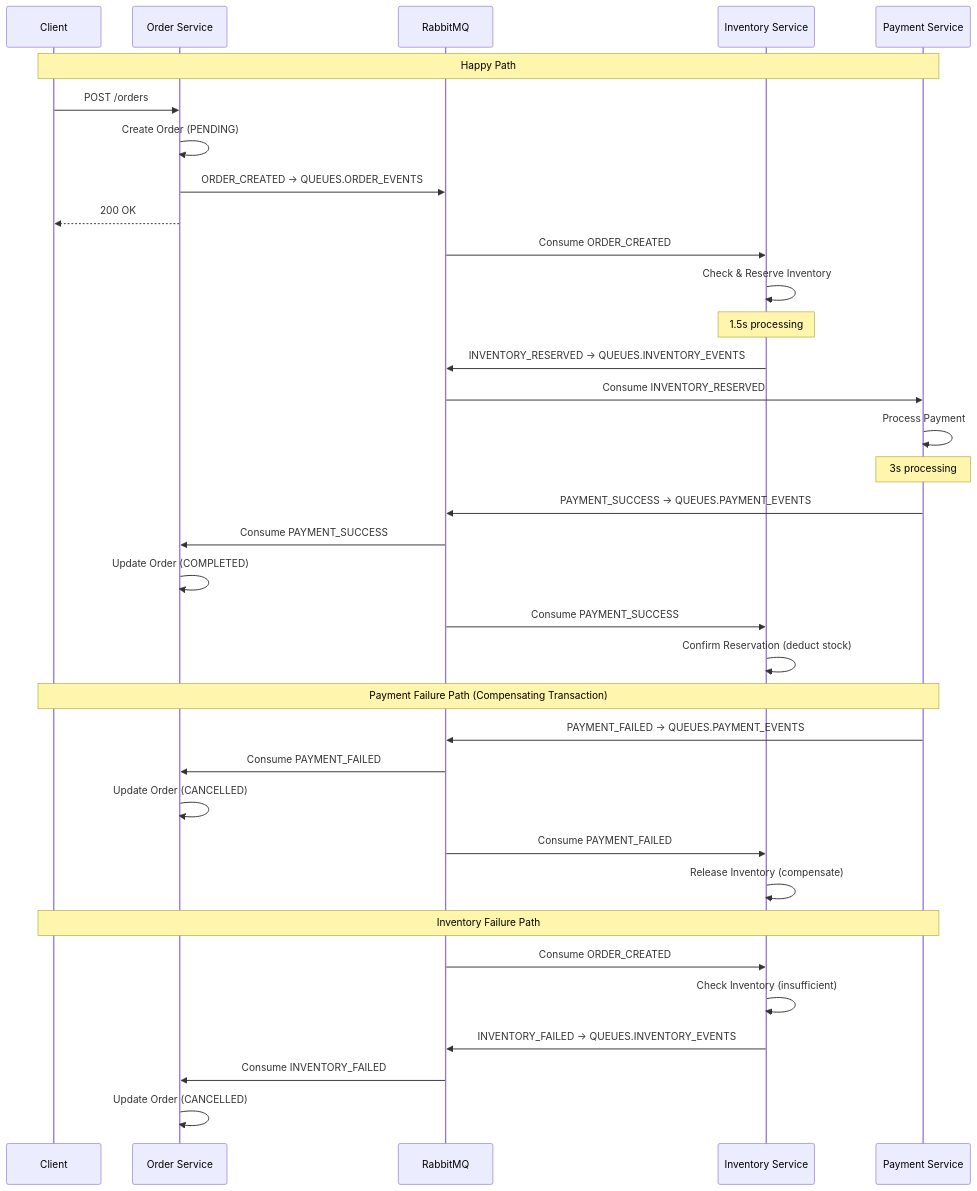
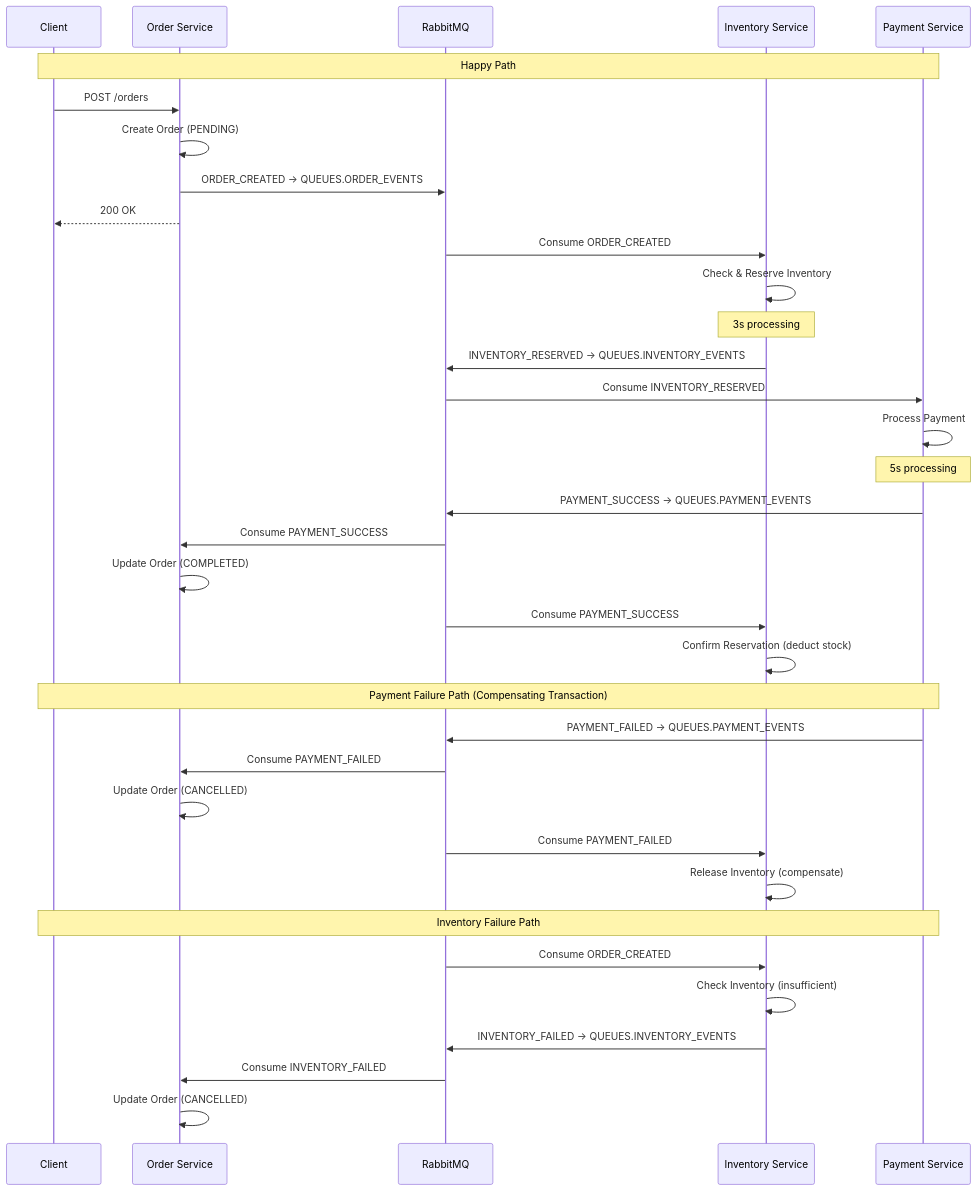
The diagram in README.md (kristianka/SWAP), drawn with Mermaid before and after one commit. The commit also changed other lines of this file and 2 other files, not shown here.

````diff
--- a/README.md
+++ b/README.md
@@ -25,46 +38,46 @@
 ```mermaid
     sequenceDiagram
         participant Client
         participant OrderService as Order Service
         participant RabbitMQ
         participant InventoryService as Inventory Service
         participant PaymentService as Payment Service
 
         Note over Client,PaymentService: Happy Path
 
         Client->>OrderService: POST /orders
         OrderService->>OrderService: Create Order (PENDING)
         OrderService->>RabbitMQ: ORDER_CREATED → QUEUES.ORDER_EVENTS
         OrderService-->>Client: 200 OK
 
         RabbitMQ->>InventoryService: Consume ORDER_CREATED
         InventoryService->>InventoryService: Check & Reserve Inventory
-        Note over InventoryService: 1.5s processing
+        Note over InventoryService: 3s processing
         InventoryService->>RabbitMQ: INVENTORY_RESERVED → QUEUES.INVENTORY_EVENTS
 
         RabbitMQ->>PaymentService: Consume INVENTORY_RESERVED
         PaymentService->>PaymentService: Process Payment
-        Note over PaymentService: 3s processing
+        Note over PaymentService: 5s processing
         PaymentService->>RabbitMQ: PAYMENT_SUCCESS → QUEUES.PAYMENT_EVENTS
 
         RabbitMQ->>OrderService: Consume PAYMENT_SUCCESS
         OrderService->>OrderService: Update Order (COMPLETED)
         RabbitMQ->>InventoryService: Consume PAYMENT_SUCCESS
         InventoryService->>InventoryService: Confirm Reservation (deduct stock)
 
         Note over Client,PaymentService: Payment Failure Path (Compensating Transaction)
 
         PaymentService->>RabbitMQ: PAYMENT_FAILED → QUEUES.PAYMENT_EVENTS
         RabbitMQ->>OrderService: Consume PAYMENT_FAILED
         OrderService->>OrderService: Update Order (CANCELLED)
         RabbitMQ->>InventoryService: Consume PAYMENT_FAILED
         InventoryService->>InventoryService: Release Inventory (compensate)
 
         Note over Client,PaymentService: Inventory Failure Path
 
         RabbitMQ->>InventoryService: Consume ORDER_CREATED
         InventoryService->>InventoryService: Check Inventory (insufficient)
         InventoryService->>RabbitMQ: INVENTORY_FAILED → QUEUES.INVENTORY_EVENTS
         RabbitMQ->>OrderService: Consume INVENTORY_FAILED
         OrderService->>OrderService: Update Order (CANCELLED)
 ```
````
